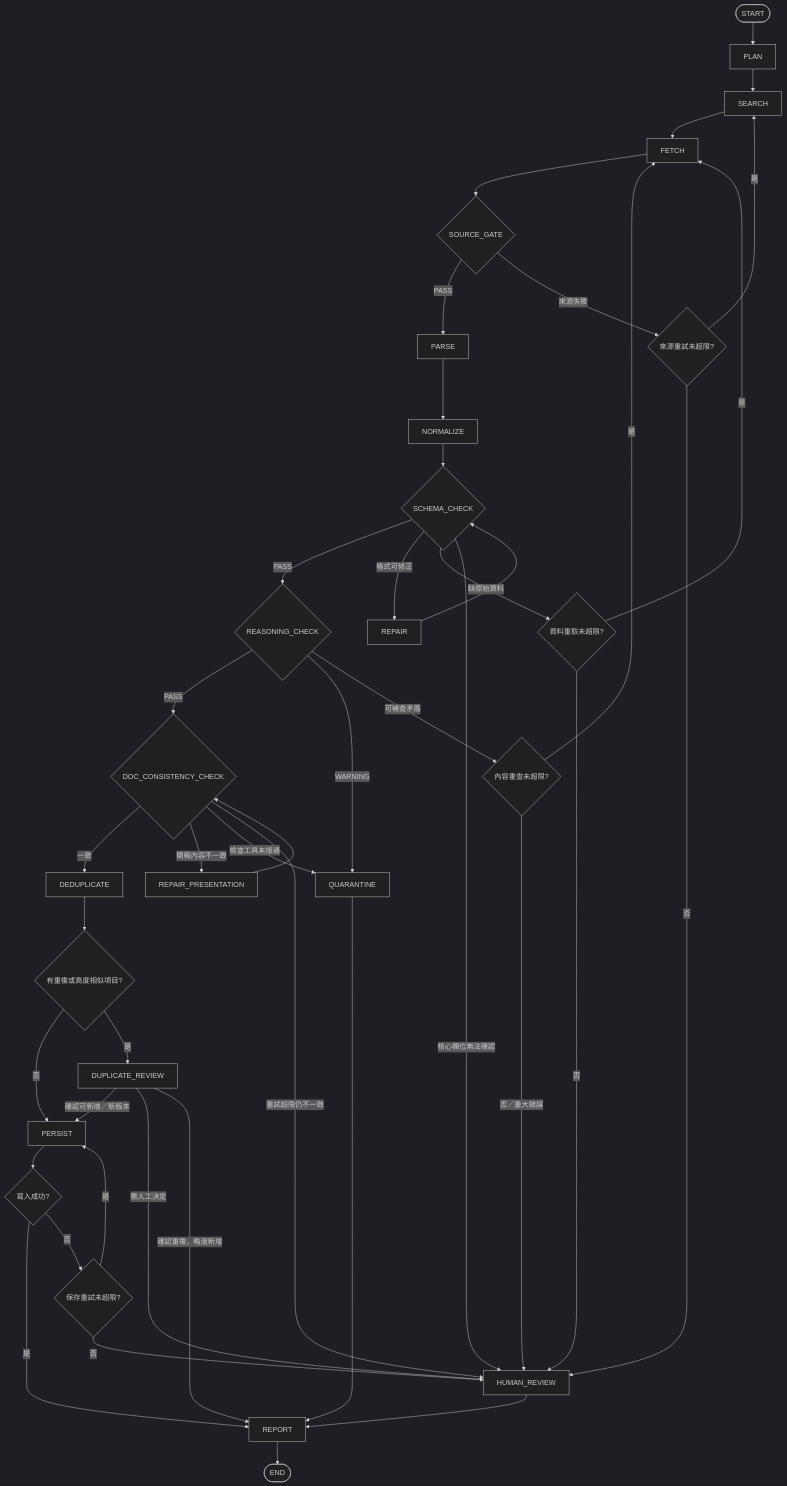
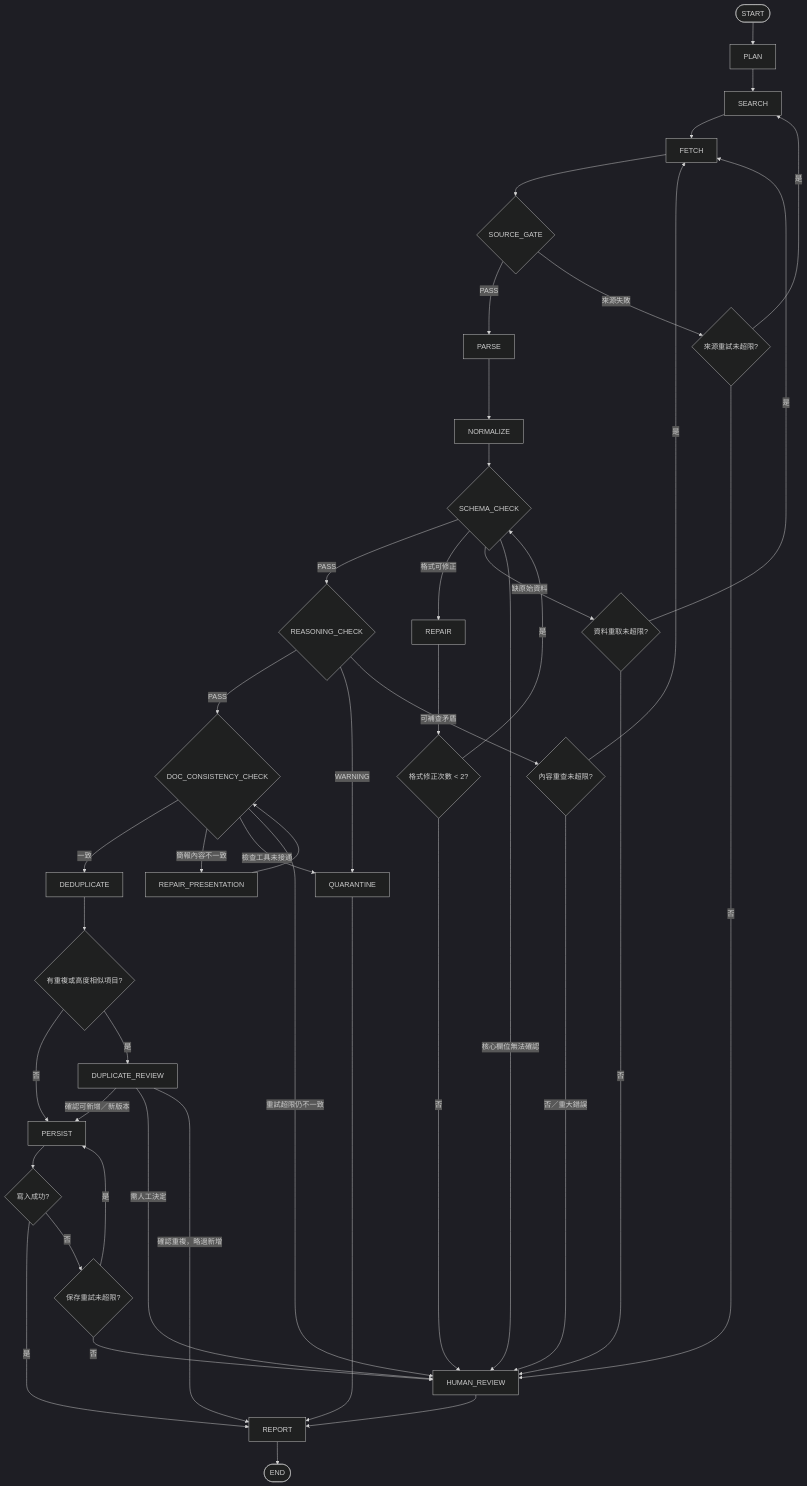
Before and after one commit to b101113002/Baking-wiki: the diagram in workflows/recipe-graph.md, drawn with Mermaid (dark theme).

Commit message:
Make Graph repair retry limits explicit in flowchart

````diff
--- a/workflows/recipe-graph.md
+++ b/workflows/recipe-graph.md
@@ -39,39 +39,41 @@
 ```mermaid
 flowchart TD
     A([START]) --> B[PLAN] --> C[SEARCH] --> D[FETCH] --> E{SOURCE_GATE}
     E -->|PASS| F[PARSE]
     E -->|來源失敗| R1{來源重試未超限?}
     R1 -->|是| C
     R1 -->|否| H[HUMAN_REVIEW]
     F --> G[NORMALIZE] --> I{SCHEMA_CHECK}
     I -->|PASS| J{REASONING_CHECK}
-    I -->|格式可修正| K[REPAIR] --> I
+    I -->|格式可修正| K[REPAIR] --> R5{格式修正次數 < 2?}
+    R5 -->|是| I
+    R5 -->|否| H
     I -->|缺原始資料| R2{資料重取未超限?}
     R2 -->|是| D
     R2 -->|否| H
     I -->|核心欄位無法確認| H
     J -->|PASS| DC{DOC_CONSISTENCY_CHECK}
     J -->|WARNING| Q[QUARANTINE]
     J -->|可補查矛盾| R3{內容重查未超限?}
     R3 -->|是| D
     R3 -->|否／重大錯誤| H
     DC -->|一致| L[DEDUPLICATE]
     DC -->|簡報內容不一致| RP[REPAIR_PRESENTATION]
     RP --> DC
     DC -->|檢查工具未接通| Q
     DC -->|重試超限仍不一致| H
     L --> M{有重複或高度相似項目?}
     M -->|否| N[PERSIST]
     M -->|是| O[DUPLICATE_REVIEW]
     O -->|確認可新增／新版本| N
     O -->|需人工決定| H
     O -->|確認重複，略過新增| P[REPORT]
     N --> S{寫入成功?}
     S -->|是| P
     S -->|否| R4{保存重試未超限?}
     R4 -->|是| N
     R4 -->|否| H
     Q --> P
     H --> P
     P --> T([END])
 ```
````
